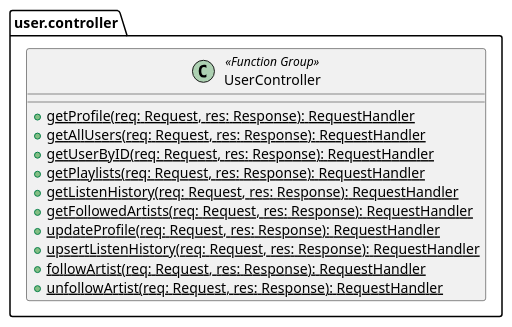
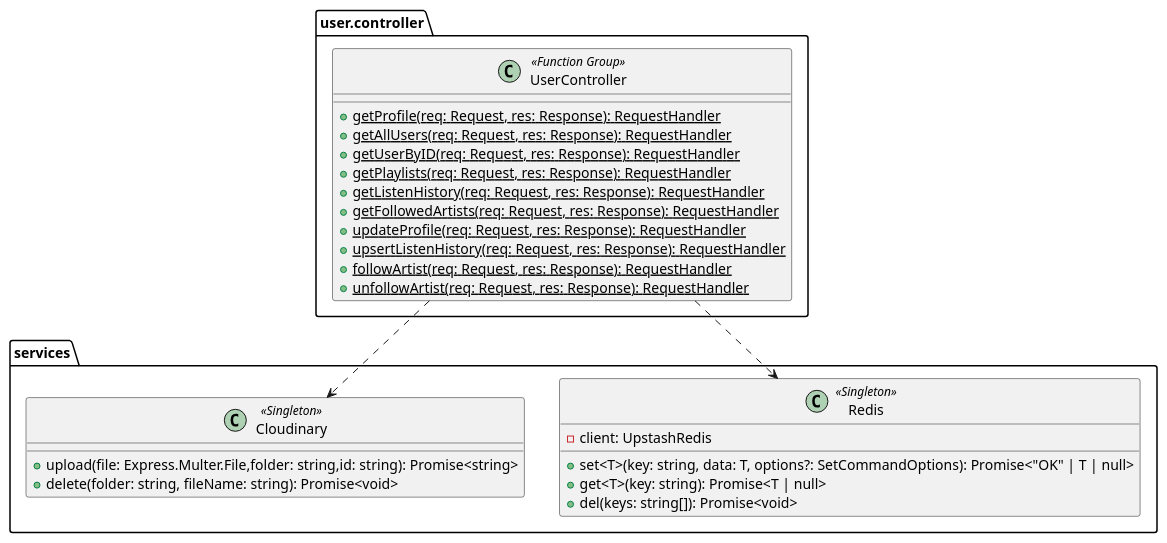
The diagram in diagrams/packages/controllers/user.puml (MusikStreaming/MusikStreamingBE), drawn with PlantUML before and after one commit. The commit also changed 19 other files, not shown here.

Commit message:
[UPDATE]: fixing class diagrams

```diff
--- a/diagrams/packages/controllers/user.puml
+++ b/diagrams/packages/controllers/user.puml
@@ -1,19 +1,36 @@
 @startuml
 
 set separator none
 package user.controller {
     class UserController <<Function Group>> {
         + {static} getProfile(req: Request, res: Response): RequestHandler
         + {static} getAllUsers(req: Request, res: Response): RequestHandler
         + {static} getUserByID(req: Request, res: Response): RequestHandler
         + {static} getPlaylists(req: Request, res: Response): RequestHandler
         + {static} getListenHistory(req: Request, res: Response): RequestHandler
         + {static} getFollowedArtists(req: Request, res: Response): RequestHandler
         + {static} updateProfile(req: Request, res: Response): RequestHandler
         + {static} upsertListenHistory(req: Request, res: Response): RequestHandler
         + {static} followArtist(req: Request, res: Response): RequestHandler
         + {static} unfollowArtist(req: Request, res: Response): RequestHandler
     }
 }
 
+package services {
+    class Redis <<Singleton>> {
+        - client: UpstashRedis
+
+        + set<T>(key: string, data: T, options?: SetCommandOptions): Promise<"OK" | T | null>
+        + get<T>(key: string): Promise<T | null>
+        + del(keys: string[]): Promise<void>
+    }
+    class Cloudinary <<Singleton>> {
+        + upload(file: Express.Multer.File,folder: string,id: string): Promise<string>
+        + delete(folder: string, fileName: string): Promise<void>
+    }
+}
+
+UserController ..> Redis
+UserController ..> Cloudinary
+
 @enduml
```
